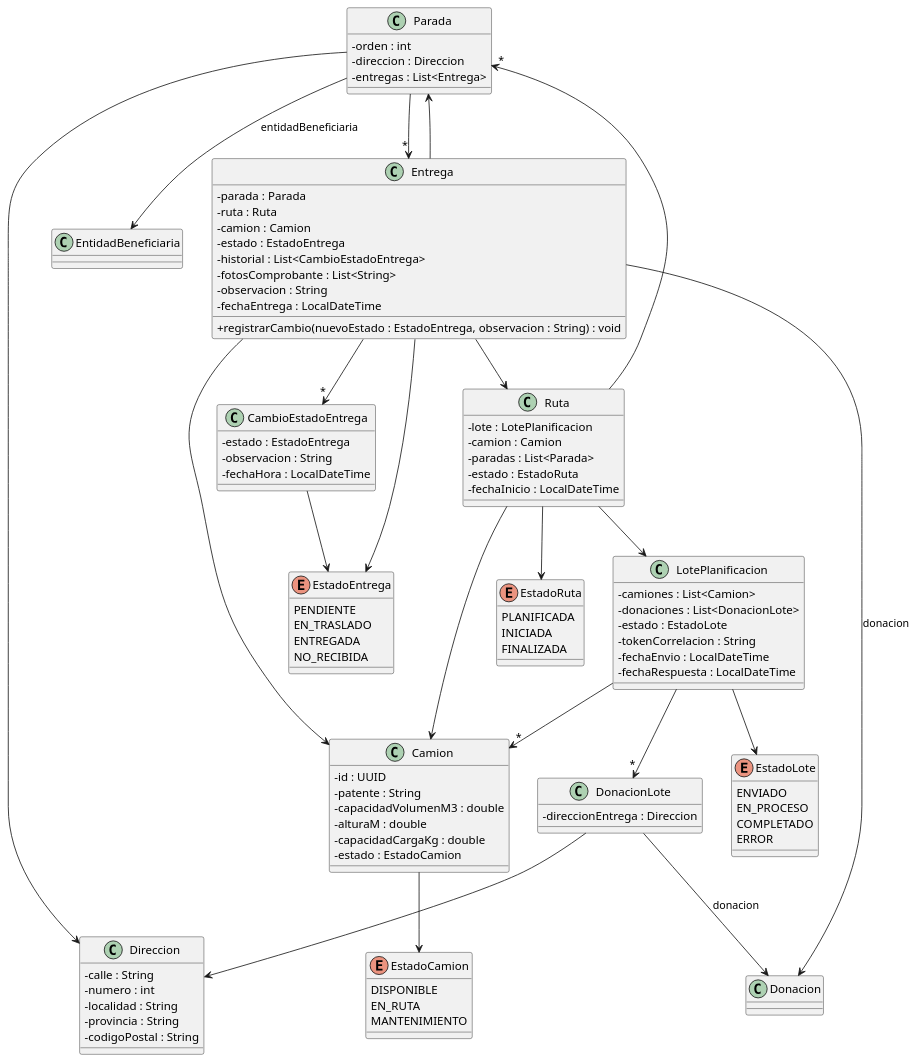
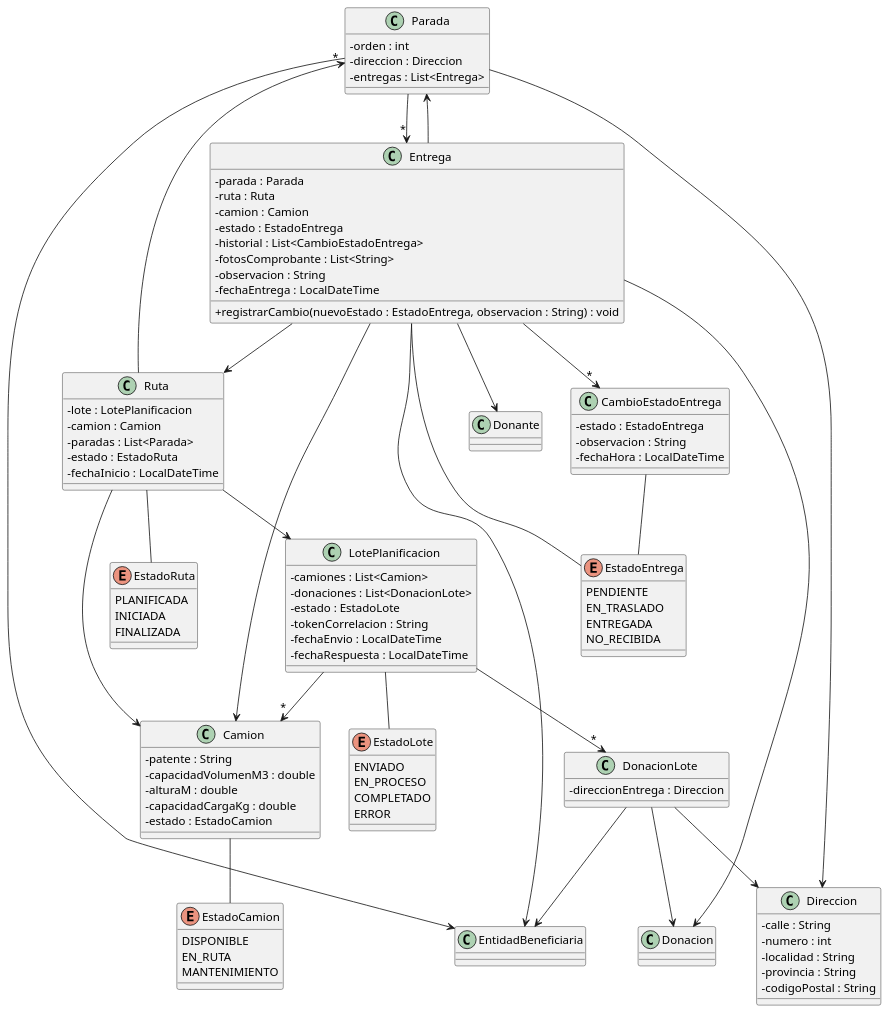
The diagram in donatrack/DiagramaDeClases/Logistica/diagramaClasesLogisticaModel.plantuml (PonceCamilo/TP-ANUAL-DISENIO-2026), drawn with PlantUML before and after one commit. The commit also changed 1 other file, not shown here.

Commit message:
correcciones diagrama de clases - logística

```diff
--- a/donatrack/DiagramaDeClases/Logistica/diagramaClasesLogisticaModel.plantuml
+++ b/donatrack/DiagramaDeClases/Logistica/diagramaClasesLogisticaModel.plantuml
@@ -1,127 +1,128 @@
 @startuml diagramaClasesLogisticaModel
 
 skinparam classAttributeIconSize 0
 
 ' ============================ CLASES EXTERNAS (definidas en el modelo de Donaciones) ============================
 ' No se repiten sus atributos acá; se referencian para hilar Logística con Donaciones.
 class Donacion
 class EntidadBeneficiaria
 
 class Direccion {
     - calle : String
     - numero : int
     - localidad : String
     - provincia : String
     - codigoPostal : String
 }
 
 class Camion {
-    - id : UUID
     - patente : String
     - capacidadVolumenM3 : double
     - alturaM : double
     - capacidadCargaKg : double
     - estado : EstadoCamion
 }
 
 enum EstadoCamion {
     DISPONIBLE
     EN_RUTA
     MANTENIMIENTO
 }
 
 class LotePlanificacion {
     - camiones : List<Camion>
     - donaciones : List<DonacionLote>
     - estado : EstadoLote
     - tokenCorrelacion : String
     - fechaEnvio : LocalDateTime
     - fechaRespuesta : LocalDateTime
 }
 
 enum EstadoLote {
     ENVIADO
     EN_PROCESO
     COMPLETADO
     ERROR
 }
 
 class DonacionLote {
     - direccionEntrega : Direccion
 }
 
 class Ruta {
     - lote : LotePlanificacion
     - camion : Camion
     - paradas : List<Parada>
     - estado : EstadoRuta
     - fechaInicio : LocalDateTime
 }
 
 enum EstadoRuta {
     PLANIFICADA
     INICIADA
     FINALIZADA
 }
 
 class Parada {
     - orden : int
     - direccion : Direccion
     - entregas : List<Entrega>
 }
 
 class Entrega {
     - parada : Parada
     - ruta : Ruta
     - camion : Camion
     - estado : EstadoEntrega
     - historial : List<CambioEstadoEntrega>
     - fotosComprobante : List<String>
     - observacion : String
     - fechaEntrega : LocalDateTime
     + registrarCambio(nuevoEstado : EstadoEntrega, observacion : String) : void
 }
 
 enum EstadoEntrega {
     PENDIENTE
     EN_TRASLADO
     ENTREGADA
     NO_RECIBIDA
 }
 
 class CambioEstadoEntrega {
     - estado : EstadoEntrega
     - observacion : String
     - fechaHora : LocalDateTime
 }
 
 
-Camion --> EstadoCamion
+Camion -- EstadoCamion
 
-Entrega --> EstadoEntrega
+Entrega -- EstadoEntrega
 Entrega --> Camion
 Entrega --> Parada
 Entrega --> Ruta
 Entrega --> "*" CambioEstadoEntrega
-Entrega --> Donacion : donacion
+Entrega --> Donacion
 
-CambioEstadoEntrega --> EstadoEntrega
+CambioEstadoEntrega -- EstadoEntrega
 
 Parada --> Direccion
 Parada --> "*" Entrega
-Parada --> EntidadBeneficiaria : entidadBeneficiaria
+Parada --> EntidadBeneficiaria
 
-Ruta --> EstadoRuta
+Ruta -- EstadoRuta
 Ruta --> Camion
 Ruta --> "*" Parada
 Ruta --> LotePlanificacion
 
-LotePlanificacion --> EstadoLote
+LotePlanificacion -- EstadoLote
 LotePlanificacion --> "*" Camion
 LotePlanificacion --> "*" DonacionLote
 
 DonacionLote --> Direccion
-DonacionLote --> Donacion : donacion
-
+DonacionLote --> Donacion
+DonacionLote --> EntidadBeneficiaria
+Entrega --> Donante
+Entrega --> EntidadBeneficiaria
 
 @enduml
```
